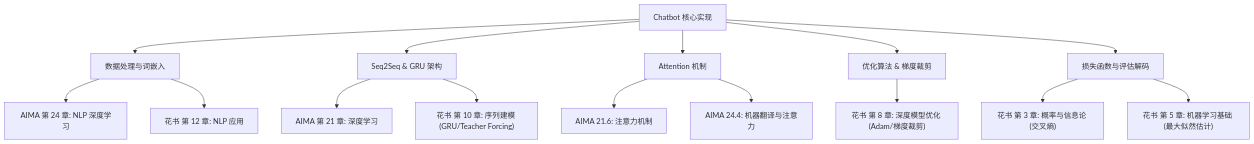
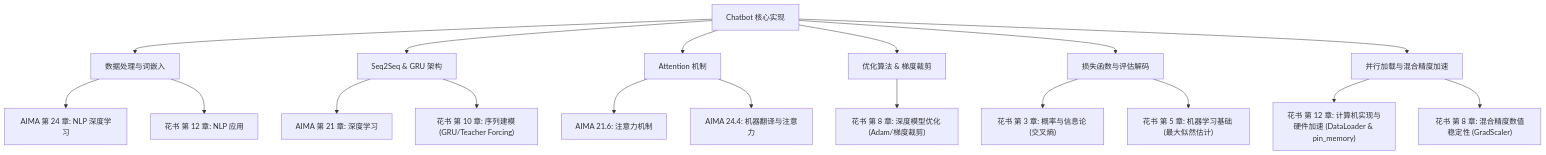
Before and after one commit to xepher/Chatbot: the diagram in docs/study_guide.md, drawn with Mermaid. The commit also changed other lines of this file, not shown here.

Commit message:
docs(study_guide): update study guide to include parallel data loading, AMP, and compile optimization concepts

````diff
--- a/docs/study_guide.md
+++ b/docs/study_guide.md
@@ -9,22 +9,26 @@
 ```mermaid
 graph TD
     Project["Chatbot 核心实现"] --> Data["数据处理与词嵌入"]
     Project --> Seq2Seq["Seq2Seq & GRU 架构"]
     Project --> Attention["Attention 机制"]
     Project --> Opt["优化算法 & 梯度裁剪"]
     Project --> Loss["损失函数与评估解码"]
+    Project --> Speedup["并行加载与混合精度加速"]
 
     Data --> AIMA_24["AIMA 第 24 章: NLP 深度学习"]
     Data --> DL_12["花书 第 12 章: NLP 应用"]
 
     Seq2Seq --> AIMA_21["AIMA 第 21 章: 深度学习"]
     Seq2Seq --> DL_10["花书 第 10 章: 序列建模 (GRU/Teacher Forcing)"]
 
     Attention --> AIMA_21_6["AIMA 21.6: 注意力机制"]
     Attention --> AIMA_24_4["AIMA 24.4: 机器翻译与注意力"]
 
     Opt --> DL_8["花书 第 8 章: 深度模型优化 (Adam/梯度裁剪)"]
 
     Loss --> DL_3["花书 第 3 章: 概率与信息论 (交叉熵)"]
     Loss --> DL_5["花书 第 5 章: 机器学习基础 (最大似然估计)"]
+
+    Speedup --> DL_12_1["花书 第 12 章: 计算机实现与硬件加速 (DataLoader & pin_memory)"]
+    Speedup --> DL_8_AMP["花书 第 8 章: 混合精度数值稳定性 (GradScaler)"]
 ```
````
